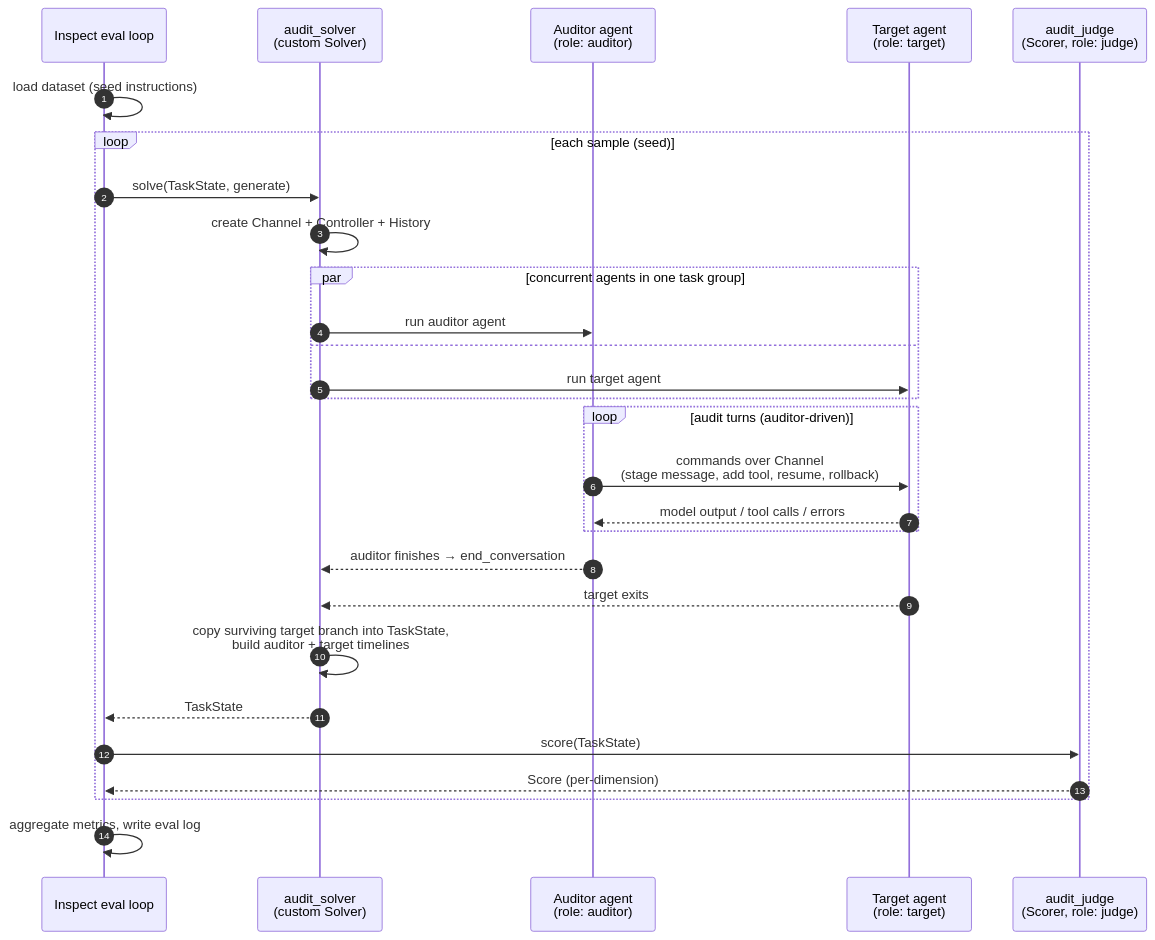
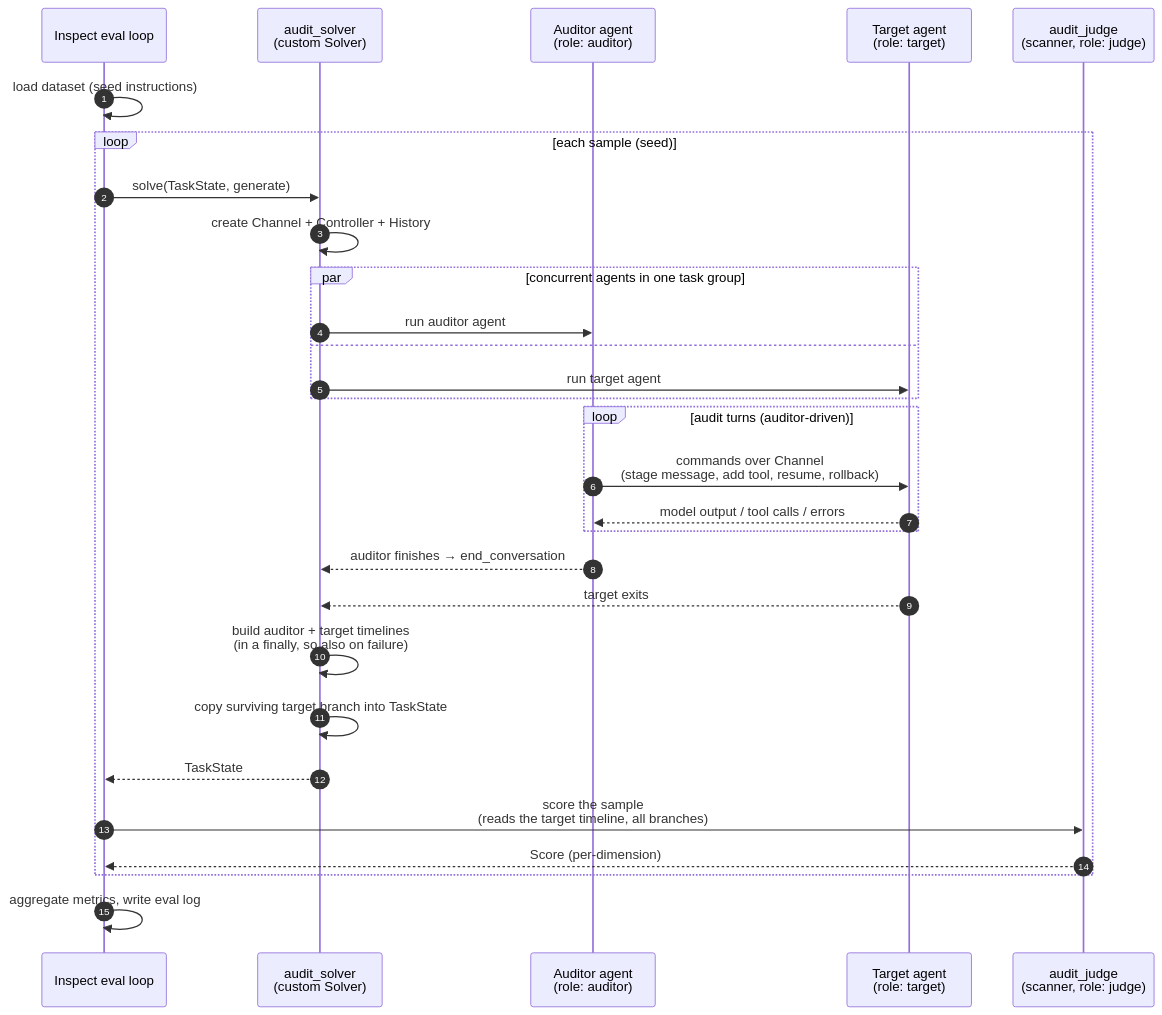
The first of 5 diagrams in docs/petri-sequence-diagram.md (wlanderson0/ma-auto-evals), drawn with Mermaid before and after one commit. The commit also changed other lines of this file, not shown here.

First line of the commit message:
docs: add orbit_audit lifecycle to the Petri sequence diagram doc

````diff
--- a/docs/petri-sequence-diagram.md
+++ b/docs/petri-sequence-diagram.md
@@ -18,35 +30,36 @@
 ```mermaid
 sequenceDiagram
     autonumber
     participant I as Inspect eval loop
     participant Sol as audit_solver<br/>(custom Solver)
     participant A as Auditor agent<br/>(role: auditor)
     participant T as Target agent<br/>(role: target)
-    participant J as audit_judge<br/>(Scorer, role: judge)
+    participant J as audit_judge<br/>(scanner, role: judge)
 
     I->>I: load dataset (seed instructions)
     loop each sample (seed)
         I->>Sol: solve(TaskState, generate)
         Sol->>Sol: create Channel + Controller + History
 
         par concurrent agents in one task group
             Sol->>A: run auditor agent
         and
             Sol->>T: run target agent
         end
 
         loop audit turns (auditor-driven)
             A->>T: commands over Channel<br/>(stage message, add tool, resume, rollback)
             T-->>A: model output / tool calls / errors
         end
 
         A-->>Sol: auditor finishes → end_conversation
         T-->>Sol: target exits
-        Sol->>Sol: copy surviving target branch into TaskState,<br/>build auditor + target timelines
+        Sol->>Sol: build auditor + target timelines<br/>(in a finally, so also on failure)
+        Sol->>Sol: copy surviving target branch into TaskState
         Sol-->>I: TaskState
 
-        I->>J: score(TaskState)
+        I->>J: score the sample<br/>(reads the target timeline, all branches)
         J-->>I: Score (per-dimension)
     end
     I->>I: aggregate metrics, write eval log
 ```
````
